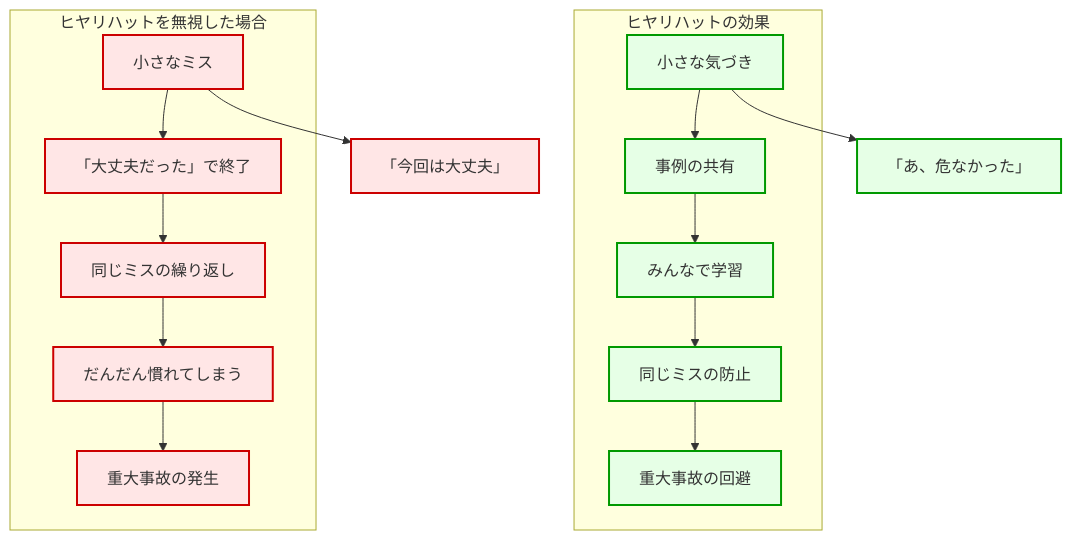
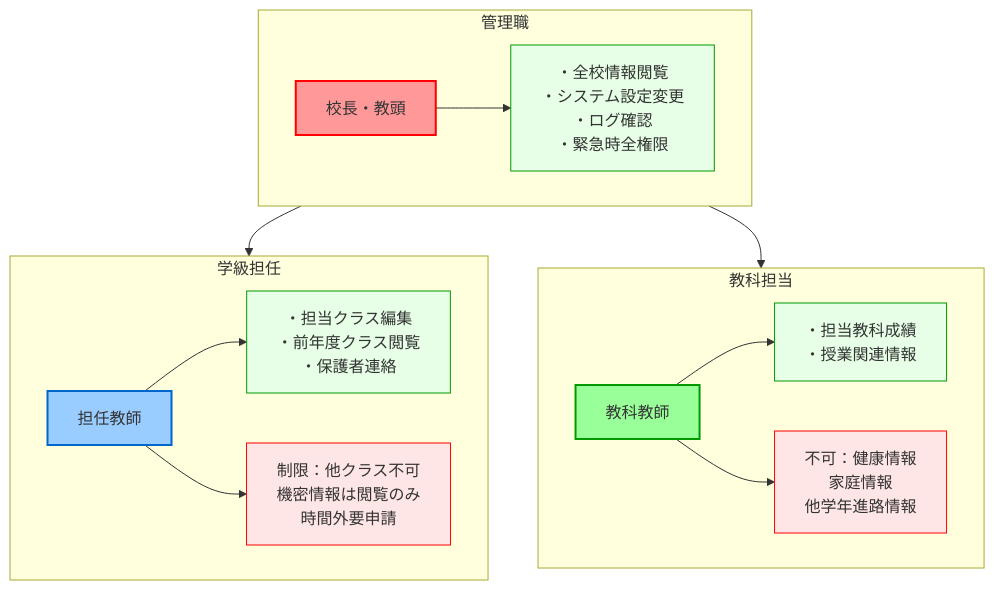
The third of 5 diagrams in books/d87165478af519/chapter09.md (nahisaho/zenn-writing-collection), drawn with Mermaid before and after one commit. The commit also changed other lines of this file and 17 other files, not shown here.

````diff
--- a/books/d87165478af519/chapter09.md
+++ b/books/d87165478af519/chapter09.md
@@ -203,25 +230,39 @@
 ```mermaid
-graph TB
-    subgraph ヒヤリハットの効果
-        A[小さな気づき] --> B[事例の共有]
-        B --> C[みんなで学習]
-        C --> D[同じミスの防止]
-        D --> E[重大事故の回避]
+graph TD
+    subgraph Admin["管理職"]
+        A1[校長・教頭]
+        A2[・全校情報閲覧<br/>・システム設定変更<br/>・ログ確認<br/>・緊急時全権限]
+        A1 --> A2
     end
     
-    subgraph ヒヤリハットを無視した場合
-        F[小さなミス] --> G[「大丈夫だった」で終了]
-        G --> H[同じミスの繰り返し]
-        H --> I[だんだん慣れてしまう]
-        I --> J[重大事故の発生]
+    subgraph Teacher["学級担任"]
+        T1[担任教師]
+        T2[・担当クラス編集<br/>・前年度クラス閲覧<br/>・保護者連絡]
+        T3[制限：他クラス不可<br/>機密情報は閲覧のみ<br/>時間外要申請]
+        T1 --> T2
+        T1 --> T3
     end
     
-    A --> A1[「あ、危なかった」]
-    F --> F1[「今回は大丈夫」]
+    subgraph Subject["教科担当"]
+        S1[教科教師]
+        S2[・担当教科成績<br/>・授業関連情報]
+        S3[不可：健康情報<br/>家庭情報<br/>他学年進路情報]
+        S1 --> S2
+        S1 --> S3
+    end
     
-    classDef positive fill:#e6ffe6,stroke:#009900,stroke-width:2px
-    classDef negative fill:#ffe6e6,stroke:#cc0000,stroke-width:2px
+    Admin --> Teacher
+    Admin --> Subject
     
-    class A,B,C,D,E,A1 positive
-    class F,G,H,I,J,F1 negative
+    classDef admin fill:#ff9999,stroke:#ff0000,stroke-width:2px
+    classDef teacher fill:#99ccff,stroke:#0066cc,stroke-width:2px
+    classDef subject fill:#99ff99,stroke:#009900,stroke-width:2px
+    classDef allowed fill:#e6ffe6,stroke:#009900,stroke-width:1px
+    classDef restricted fill:#ffe6e6,stroke:#ff0000,stroke-width:1px
+    
+    class A1 admin
+    class T1 teacher
+    class S1 subject
+    class A2,T2,S2 allowed
+    class T3,S3 restricted
 ```
````
